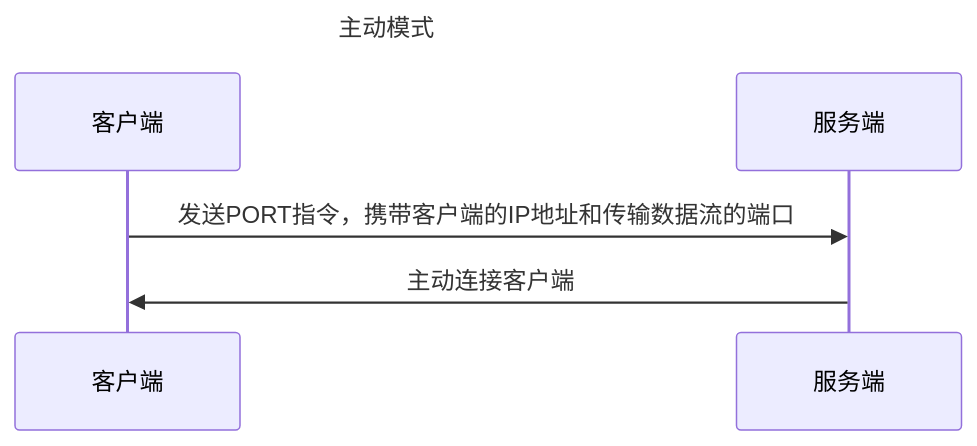
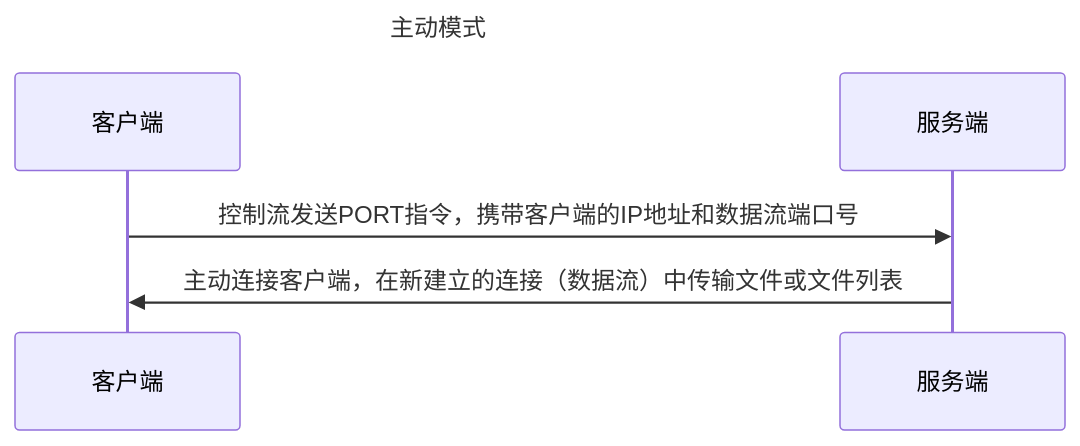
One commit to zyp91281115/docs changed the first of 4 diagrams in docs/guide/advanced/ftp.md. Above: the diagram before and after it, drawn with Mermaid. The commit also changed other lines of this file and 11 other files, not shown here.

````diff
--- a/docs/guide/advanced/ftp.md
+++ b/docs/guide/advanced/ftp.md
@@ -42,8 +54,8 @@
 ```mermaid
 ---
 title: 主动模式
 ---
 sequenceDiagram
-    客户端->>服务端: 发送PORT指令，携带客户端的IP地址和传输数据流的端口
-    服务端->>客户端: 主动连接客户端
+    客户端->>服务端: 控制流发送PORT指令，携带客户端的IP地址和数据流端口号
+    服务端->>客户端: 主动连接客户端，在新建立的连接（数据流）中传输文件或文件列表
 ```
````
